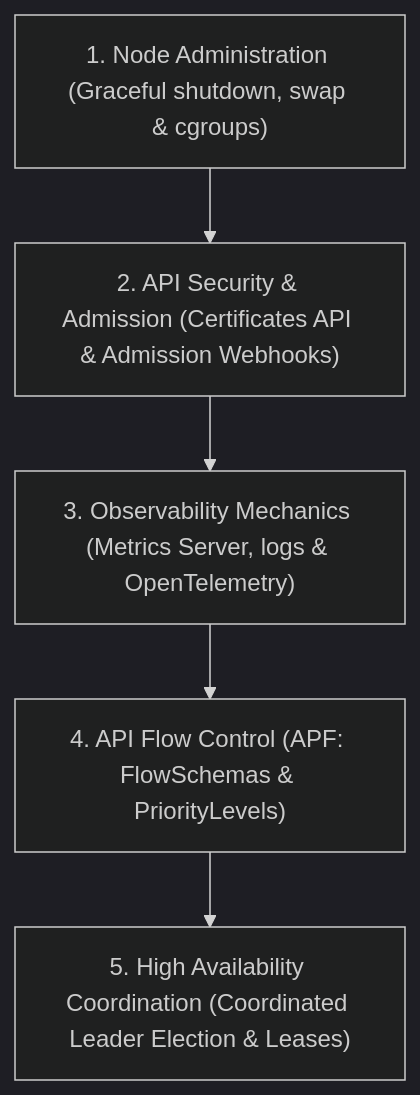
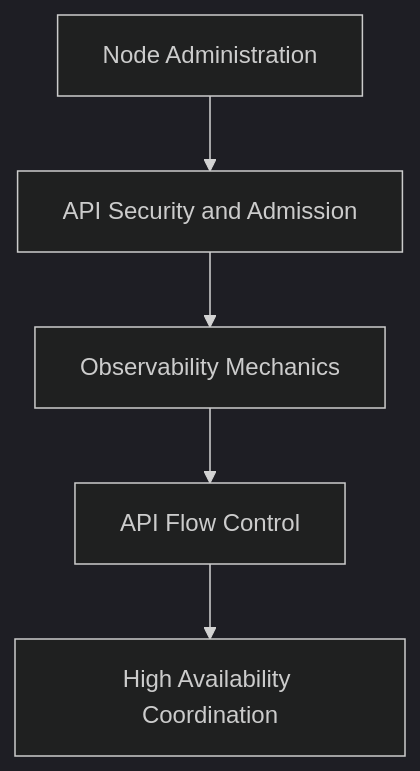
The diagram in Reference Notes/15_cluster_administration_and_observability.md (kmashour/BrainDump), drawn with Mermaid (dark theme) before and after one commit. The commit also changed 15 other files, not shown here.

Commit message:
docs: simplify cognitive map mermaid syntax for general compatibility

````diff
--- a/Reference Notes/15_cluster_administration_and_observability.md
+++ b/Reference Notes/15_cluster_administration_and_observability.md
@@ -11,7 +11,7 @@
 ```mermaid
 graph TD
-    A["1. Node Administration (Graceful shutdown, swap & cgroups)"] --> B["2. API Security & Admission (Certificates API & Admission Webhooks)"]
-    B --> C["3. Observability Mechanics (Metrics Server, logs & OpenTelemetry)"]
-    C --> D["4. API Flow Control (APF: FlowSchemas & PriorityLevels)"]
-    D --> E["5. High Availability Coordination (Coordinated Leader Election & Leases)"]
+    A["Node Administration"] --> B["API Security and Admission"]
+    B --> C["Observability Mechanics"]
+    C --> D["API Flow Control"]
+    D --> E["High Availability Coordination"]
 ```
````
